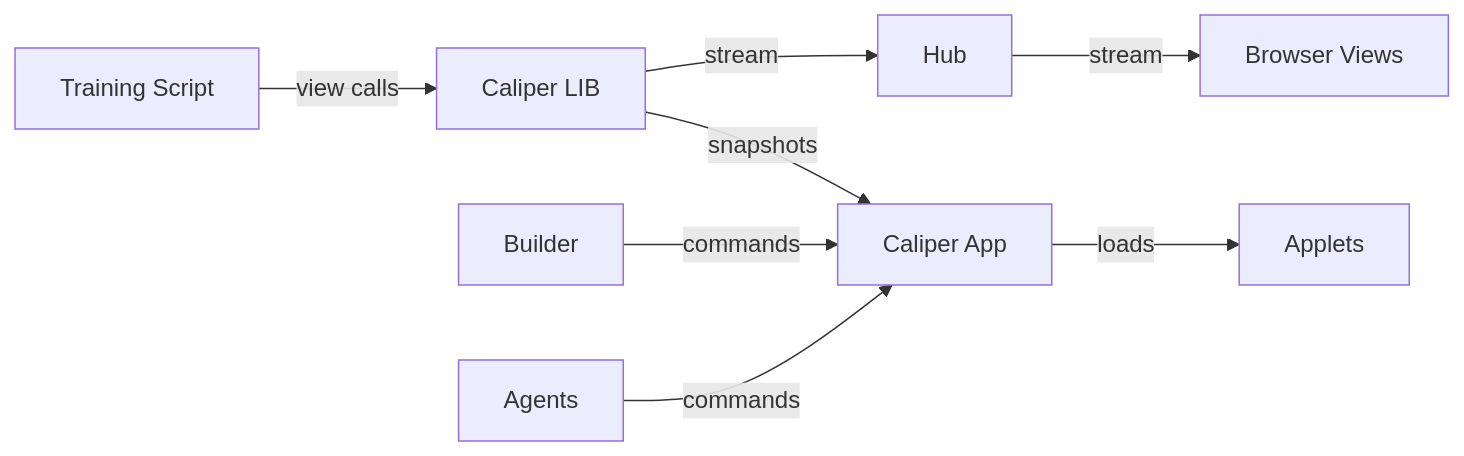
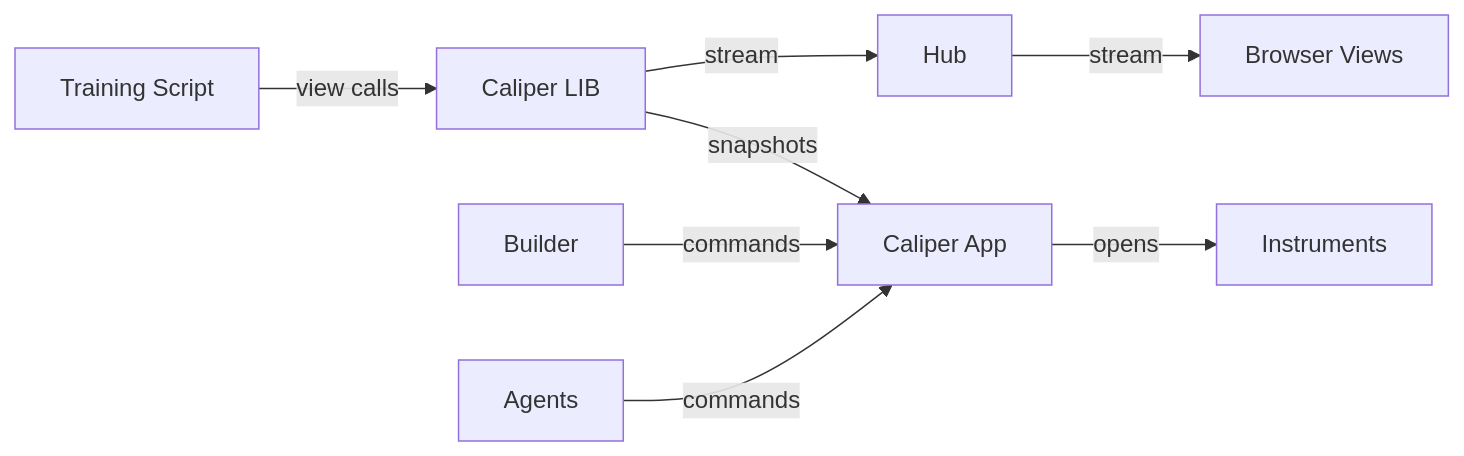
The diagram in docs/index.md (AhmedKhan-GH/caliper), drawn with Mermaid before and after one commit. The commit also changed other lines of this file and 87 other files, not shown here.

````diff
--- a/docs/index.md
+++ b/docs/index.md
@@ -11,10 +11,10 @@
 ```mermaid
 flowchart LR
     script[Training Script] -->|view calls| lib[Caliper LIB]
     lib -->|snapshots| app[Caliper App]
     lib -->|stream| hub[Hub]
     hub -->|stream| web[Browser Views]
-    app -->|loads| applets[Applets]
+    app -->|opens| instruments[Instruments]
     builder[Builder] -->|commands| app
     agents[Agents] -->|commands| app
 ```
````
